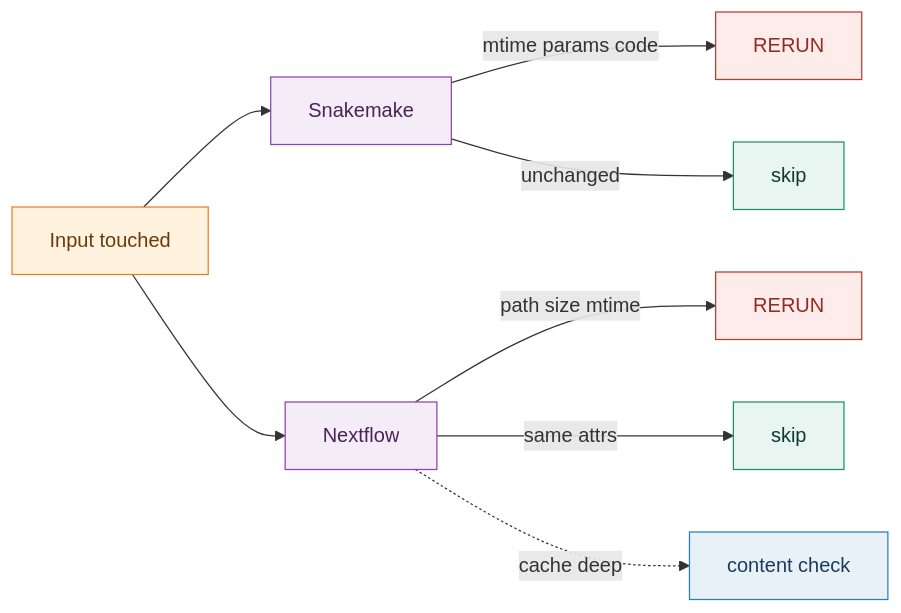
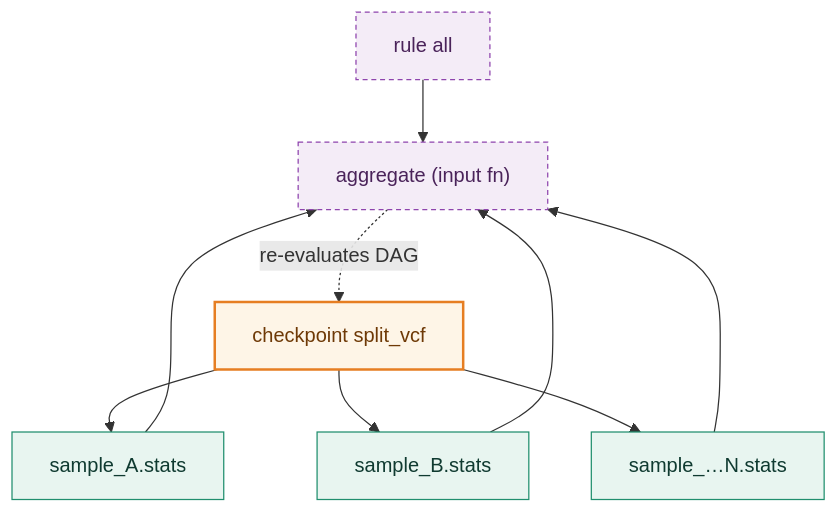
The diagram in docs/python-club-snakemake-2026.qmd (friendsofstrandseq/mosaicatcher-pipeline), drawn with Mermaid before and after one commit. The commit also changed other lines of this file and 1 other file, not shown here.

First line of the commit message:
docs(slides): apply review remarks to Snakemake 2026 deck

````diff
--- a/docs/python-club-snakemake-2026.qmd
+++ b/docs/python-club-snakemake-2026.qmd
@@ -598,31 +252,20 @@
 ```{mermaid}
 %%| eval: true
 %%| echo: false
 %%| fig-align: center
-graph LR
-  IN["Input touched"]
-  SMK["Snakemake"]
-  NF["Nextflow"]
-  RR1["RERUN"]
-  SK1["skip"]
-  RR2["RERUN"]
-  SK2["skip"]
-  CD["content check"]
-  IN --> SMK
-  IN --> NF
-  SMK -->|"mtime params code"| RR1
-  SMK -->|"unchanged"| SK1
-  NF -->|"path size mtime"| RR2
-  NF -->|"same attrs"| SK2
-  NF -.->|"cache deep"| CD
-  classDef trigger fill:#fff3e0,stroke:#E67E22,color:#6e3906;
-  classDef tool fill:#f4ecf7,stroke:#8E44AD,color:#4a235a;
-  classDef rerun fill:#fdecea,stroke:#C0392B,color:#922b21;
-  classDef skipped fill:#e8f5f0,stroke:#208F6E,color:#0f3a30;
-  classDef deepcheck fill:#e8f1f8,stroke:#2980B9,color:#1F3A5F;
-  class IN trigger
-  class SMK,NF tool
-  class RR1,RR2 rerun
-  class SK1,SK2 skipped
-  class CD deepcheck
+flowchart TD
+  A["rule all"] --> AGG["aggregate (input fn)"]
+  AGG -. re-evaluates DAG .-> CP["checkpoint split_vcf"]
+  CP --> S1["sample_A.stats"]
+  CP --> S2["sample_B.stats"]
+  CP --> S3["sample_…N.stats"]
+  S1 --> AGG
+  S2 --> AGG
+  S3 --> AGG
+  classDef cp fill:#fef5e7,stroke:#E67E22,color:#6e3906,stroke-width:2px;
+  classDef leaf fill:#e8f5f0,stroke:#208F6E,color:#0f3a30;
+  classDef agg fill:#f4ecf7,stroke:#8E44AD,color:#4a235a,stroke-dasharray: 4 3;
+  class CP cp
+  class S1,S2,S3 leaf
+  class AGG,A agg
 ```
````
